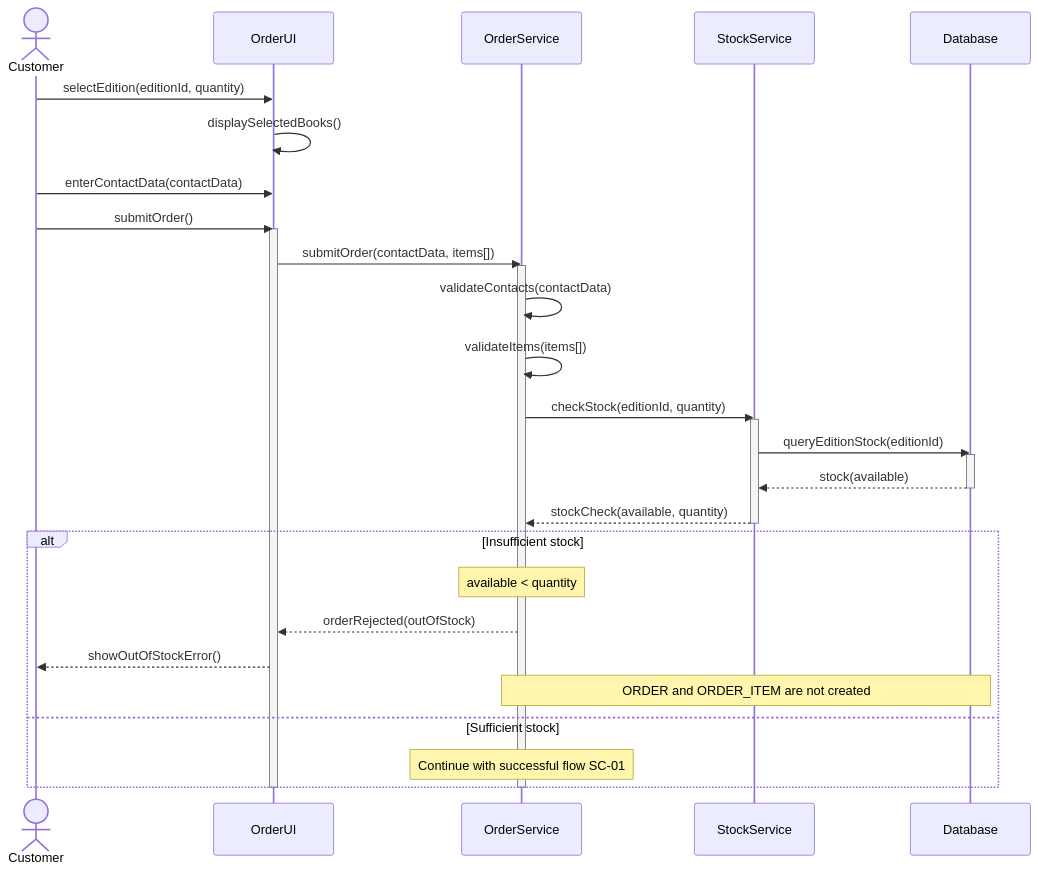
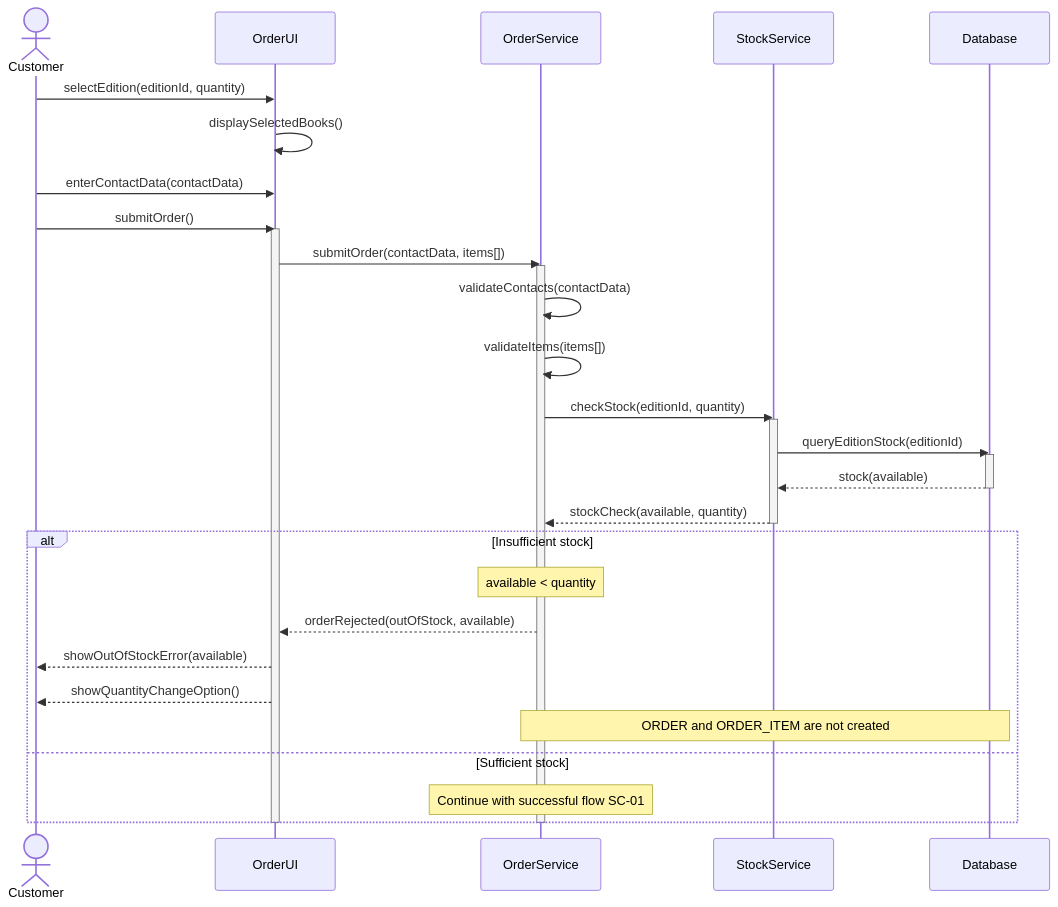
Before and after one commit to LilG3ra/MAVPZ: the diagram in task-3-sequence-diagram/diagrams/SC-02.mmd, drawn with Mermaid.

Commit message:
fix: Виправлено SC-02 під вимоги Gherkin
1. Уточнила повідомлення orderRejected(outOfStock, available), додавши передачу доступної кількості примірників.
2. Оновила showOutOfStockError(available), щоб покупець отримував інформацію про фактичний залишок.
3. Додала showQuantityChangeOption() для відображення можливості змінити кількість замовлених примірників.
4. Зберегла перевірку залишків через StockService і Database.
5. Залишила логіку відхилення замовлення без створення ORDER та ORDER_ITEM.
6. Зберегла учасників, activation bars, return-повідомлення та комбінований фрагмент alt без змін.

```diff
--- a/task-3-sequence-diagram/diagrams/SC-02.mmd
+++ b/task-3-sequence-diagram/diagrams/SC-02.mmd
@@ -1,41 +1,42 @@
 sequenceDiagram
     actor Customer as Customer
     participant UI as OrderUI
     participant OrderService as OrderService
     participant StockService as StockService
     participant Database as Database
 
     Customer->>UI: selectEdition(editionId, quantity)
     UI->>UI: displaySelectedBooks()
     Customer->>UI: enterContactData(contactData)
     Customer->>UI: submitOrder()
     activate UI
 
     UI->>OrderService: submitOrder(contactData, items[])
     activate OrderService
 
     OrderService->>OrderService: validateContacts(contactData)
     OrderService->>OrderService: validateItems(items[])
 
     OrderService->>StockService: checkStock(editionId, quantity)
     activate StockService
 
     StockService->>Database: queryEditionStock(editionId)
     activate Database
     Database-->>StockService: stock(available)
     deactivate Database
 
     StockService-->>OrderService: stockCheck(available, quantity)
     deactivate StockService
 
     alt Insufficient stock
         Note over OrderService: available < quantity
-        OrderService-->>UI: orderRejected(outOfStock)
-        UI-->>Customer: showOutOfStockError()
+        OrderService-->>UI: orderRejected(outOfStock, available)
+        UI-->>Customer: showOutOfStockError(available)
+        UI-->>Customer: showQuantityChangeOption()
         Note over OrderService,Database: ORDER and ORDER_ITEM are not created
     else Sufficient stock
         Note over OrderService: Continue with successful flow SC-01
     end
 
     deactivate OrderService
     deactivate UI
```
